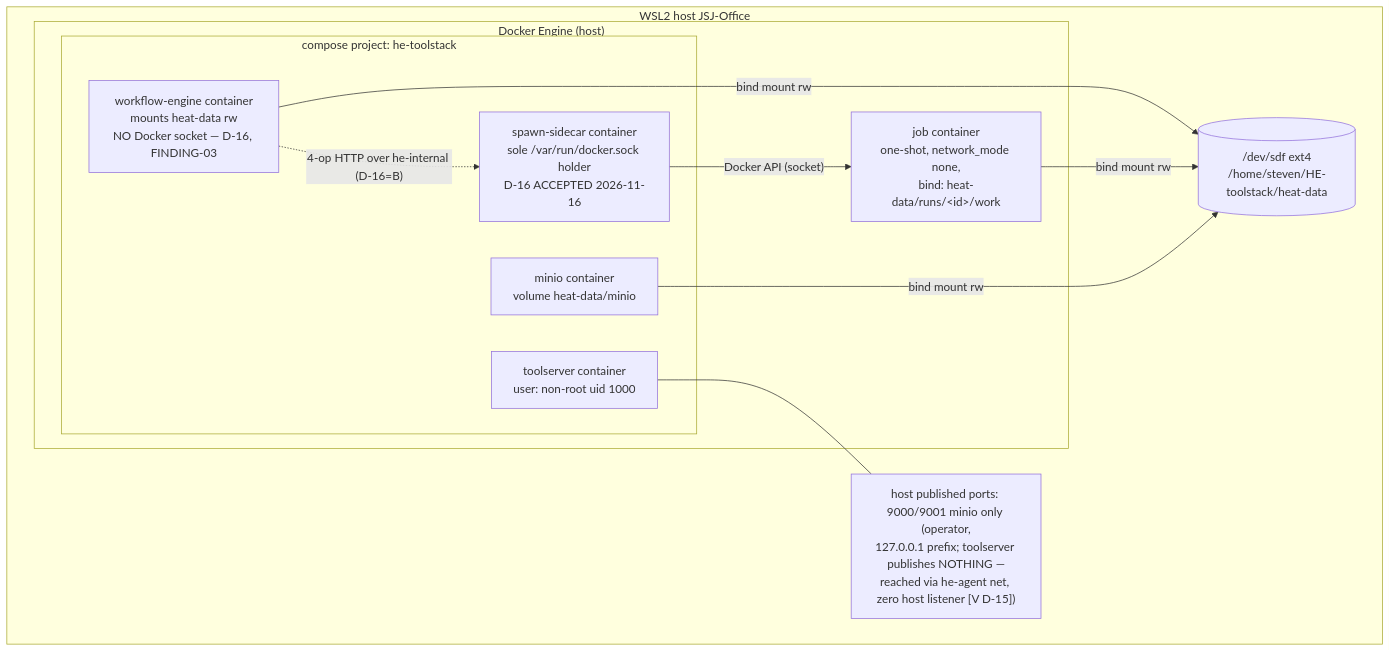
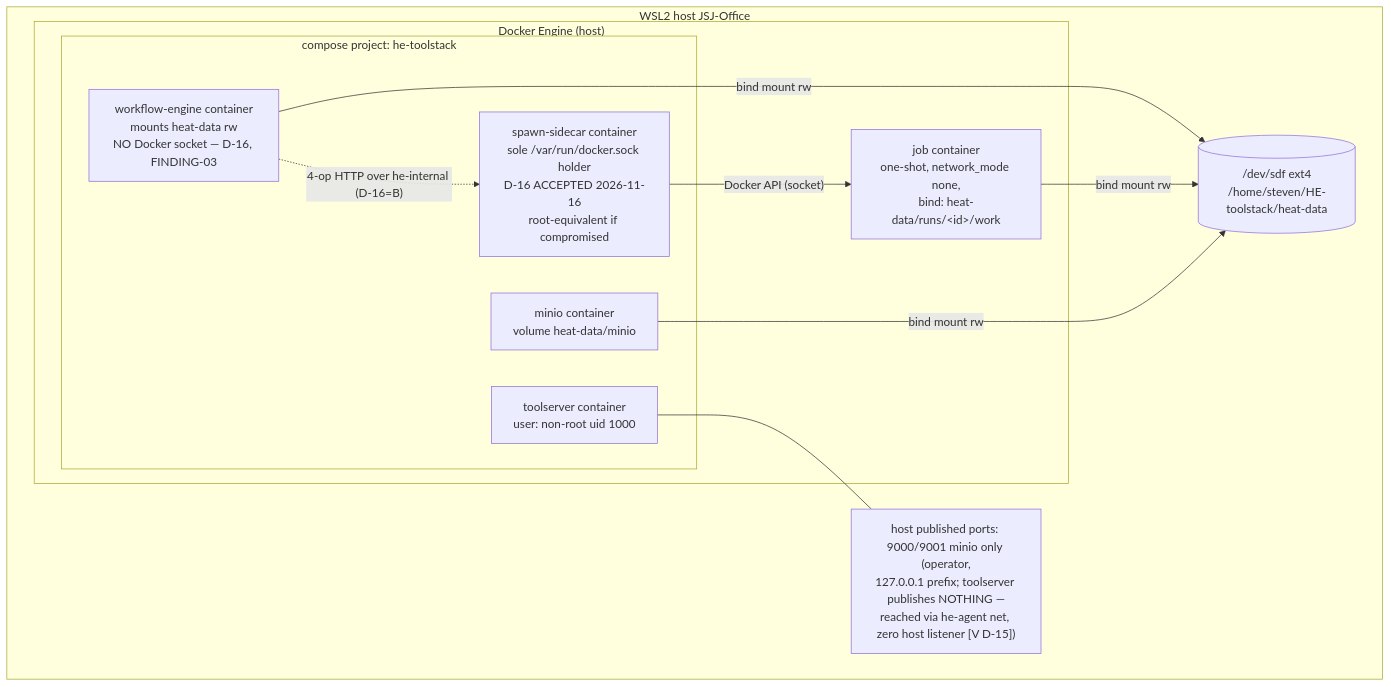
The third of 9 diagrams in docs/HE-TOOLSTACK-TECHNICAL-DESIGN.md (jstevenjacobs/HE-toolstack), drawn with Mermaid before and after one commit. The commit also changed other lines of this file and 3 other files, not shown here.

Commit message:
dp(R5-walk2): walk closed — spot-checks M2/M9 MATCH at 5a24b0c; transcript approved (subject to M2 re-walk; NOT deployment-readiness); M2 label-level fixes: D2 spawn-path subgraph (sole-holder + root-equiv), D3 caveat label; gates 27/0

````diff
--- a/docs/HE-TOOLSTACK-TECHNICAL-DESIGN.md
+++ b/docs/HE-TOOLSTACK-TECHNICAL-DESIGN.md
@@ -312,20 +317,20 @@
 ```mermaid
 graph TB
     subgraph WSL["WSL2 host JSJ-Office"]
         subgraph DE["Docker Engine (host)"]
             subgraph CP["compose project: he-toolstack"]
                 TSc["toolserver container<br/>user: non-root uid 1000"]
                 WEc["workflow-engine container<br/>mounts heat-data rw<br/>NO Docker socket — D-16, FINDING-03"]
-                SCc["spawn-sidecar container<br/>sole /var/run/docker.sock holder<br/>D-16 ACCEPTED 2026-11-16"]
+                SCc["spawn-sidecar container<br/>sole /var/run/docker.sock holder<br/>D-16 ACCEPTED 2026-11-16<br/>root-equivalent if compromised"]
                 MOc["minio container<br/>volume heat-data/minio"]
             end
             J1[job container<br/>one-shot, network_mode none,<br/>bind: heat-data/runs/&lt;id&gt;/work]
         end
         HDD[("/dev/sdf ext4<br/>/home/steven/HE-toolstack/heat-data")]
         LB["host published ports: 9000/9001 minio only (operator,<br/>127.0.0.1 prefix; toolserver publishes NOTHING —<br/>reached via he-agent net, zero host listener [V D-15])"]
     end
     TSc --- LB; WEc -- bind mount rw --> HDD
     J1 -- bind mount rw --> HDD; MOc -- bind mount rw --> HDD
     WEc -. "4-op HTTP over he-internal (D-16=B)" .-> SCc
     SCc -- "Docker API (socket)" --> J1
 ```
````
